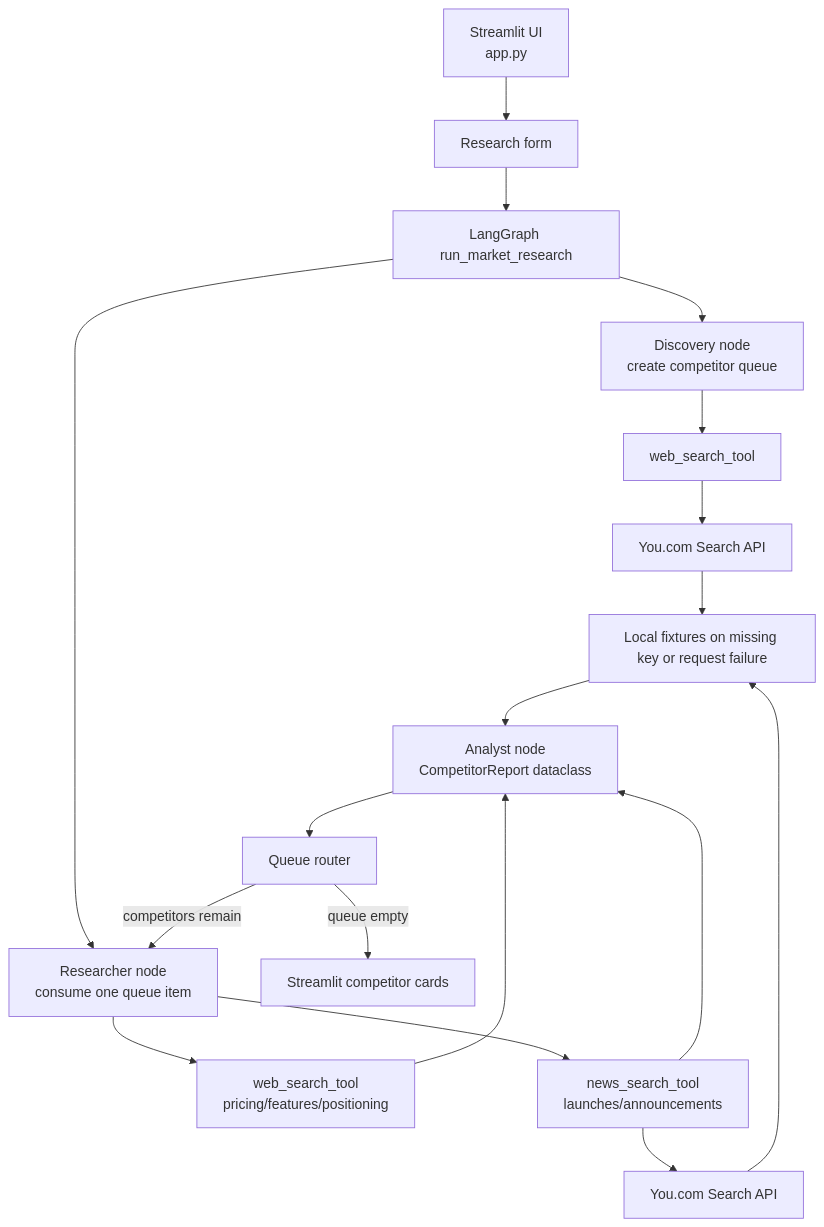
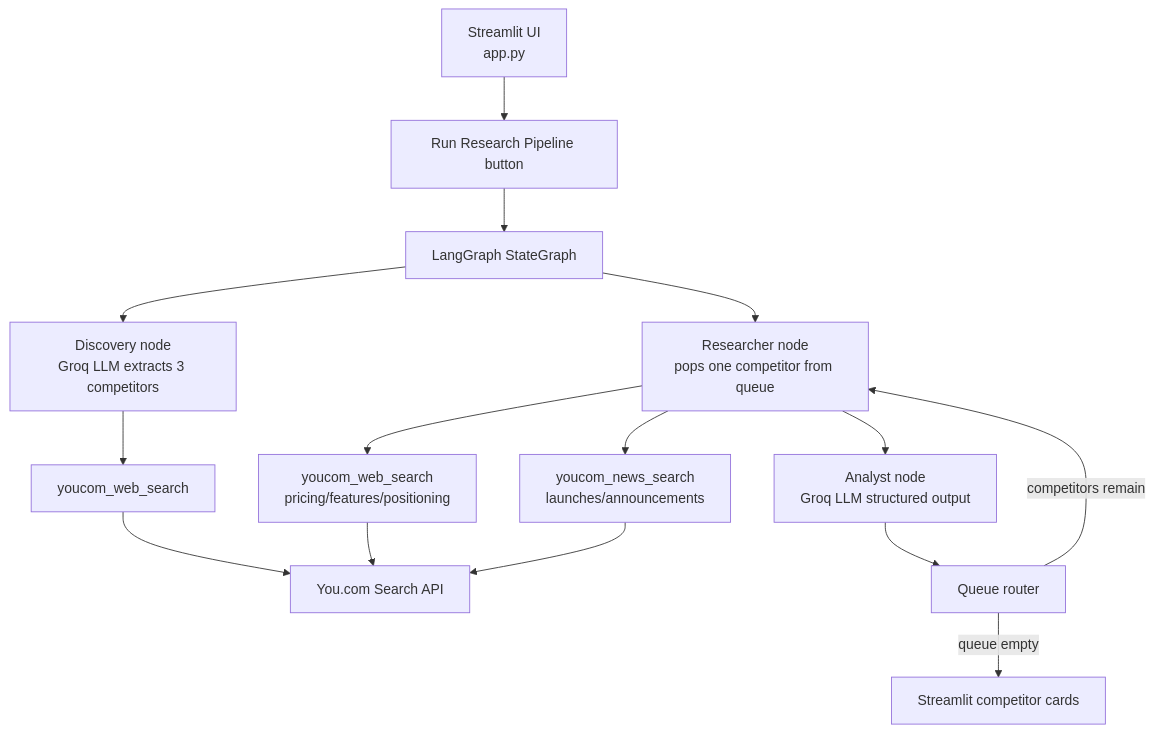
Before and after one commit to imanavarthe/MARKET_RESEARCH_AGENT: the diagram in README.md, drawn with Mermaid. The commit also changed other lines of this file, not shown here.

Commit message:
Update README to reflect Groq LLM pipeline and required API keys

````diff
--- a/README.md
+++ b/README.md
@@ -9,20 +9,17 @@
 ```mermaid
 flowchart TD
-    UI[Streamlit UI\napp.py] --> FORM[Research form]
-    FORM --> LOOP[LangGraph run_market_research]
-    LOOP --> DISCOVER[Discovery node\ncreate competitor queue]
-    DISCOVER --> WEB[web_search_tool]
-    LOOP --> RESEARCH[Researcher node\nconsume one queue item]
-    RESEARCH --> WEB2[web_search_tool\npricing/features/positioning]
-    RESEARCH --> NEWS[news_search_tool\nlaunches/announcements]
-    WEB --> API[You.com Search API]
-    NEWS --> API2[You.com Search API]
-    API --> FALLBACK[Local fixtures on missing key or request failure]
-    API2 --> FALLBACK
-    WEB2 --> REPORT[Analyst node\nCompetitorReport dataclass]
-    NEWS --> REPORT
-    FALLBACK --> REPORT
-    REPORT --> ROUTER[Queue router]
+    UI[Streamlit UI\napp.py] --> BTN[Run Research Pipeline button]
+    BTN --> GRAPH[LangGraph StateGraph]
+    GRAPH --> DISCOVER[Discovery node\nGroq LLM extracts 3 competitors]
+    DISCOVER --> WEB0[youcom_web_search]
+    WEB0 --> API[You.com Search API]
+    GRAPH --> RESEARCH[Researcher node\npops one competitor from queue]
+    RESEARCH --> WEB[youcom_web_search\npricing/features/positioning]
+    RESEARCH --> NEWS[youcom_news_search\nlaunches/announcements]
+    WEB --> API
+    NEWS --> API
+    RESEARCH --> ANALYST[Analyst node\nGroq LLM structured output]
+    ANALYST --> ROUTER[Queue router]
     ROUTER -->|competitors remain| RESEARCH
     ROUTER -->|queue empty| CARDS[Streamlit competitor cards]
 ```
````
